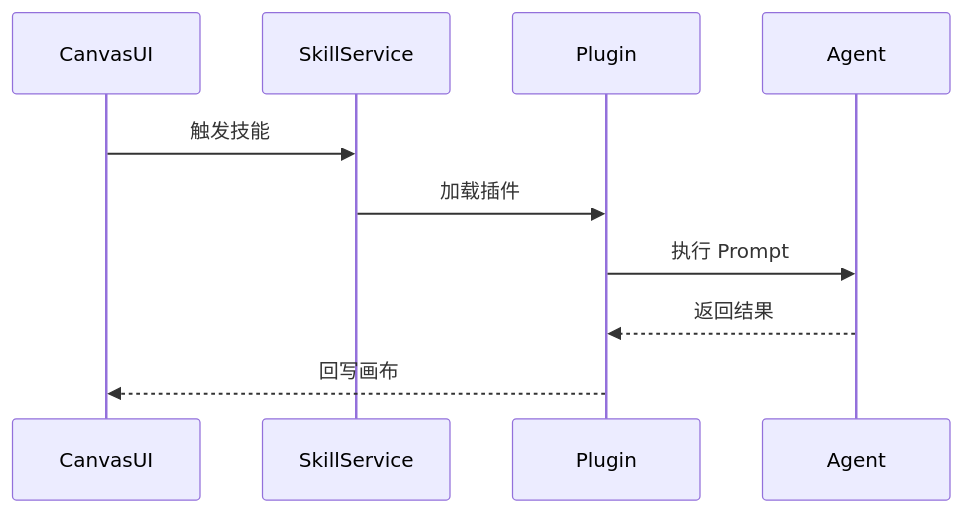
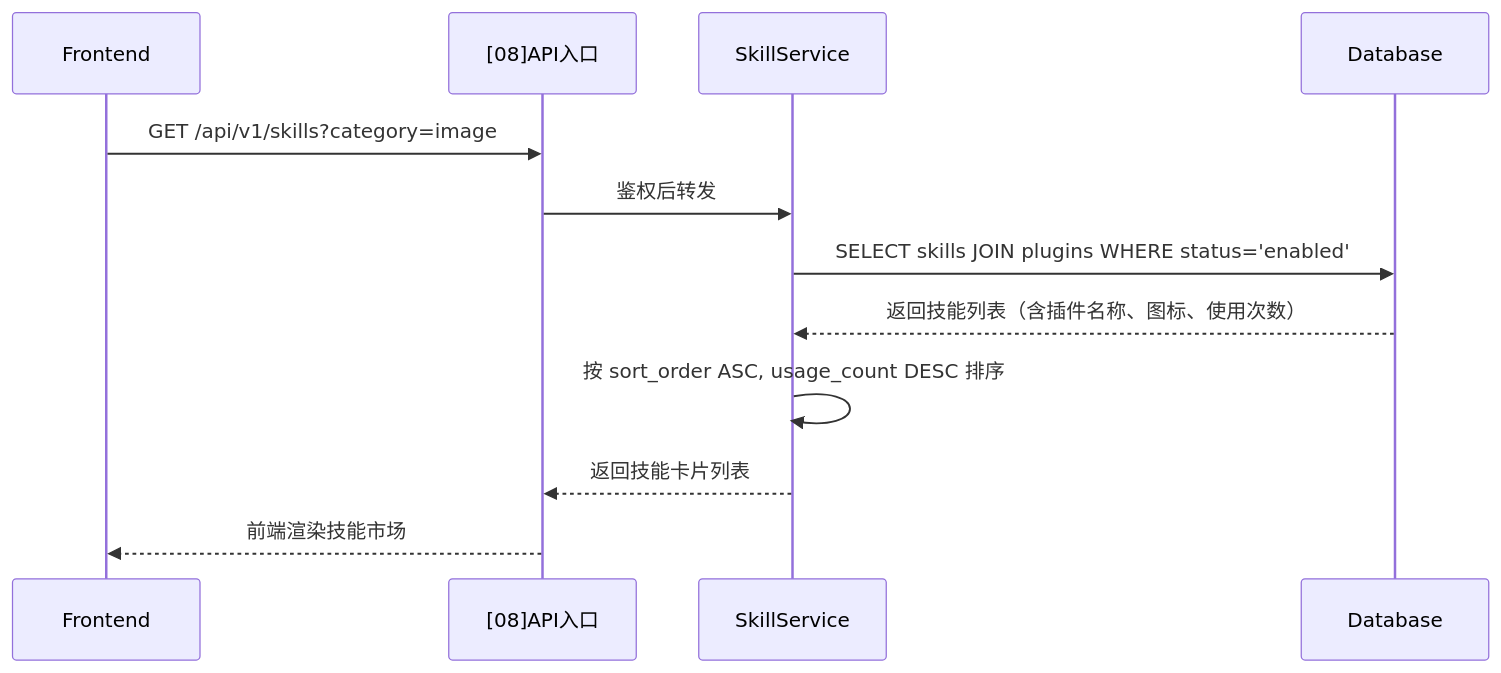
The first of 4 diagrams in docs/[09]插件与技能模块/README.md (fairyspace/x-media), drawn with Mermaid before and after one commit. The commit also changed other lines of this file, not shown here.

````diff
--- a/docs/[09]插件与技能模块/README.md
+++ b/docs/[09]插件与技能模块/README.md
@@ -42,12 +333,15 @@
 ```mermaid
 sequenceDiagram
-    participant CanvasUI
+    participant Frontend
+    participant API网关 as [08]API入口
     participant SkillService
-    participant Plugin
-    participant Agent
-    CanvasUI ->> SkillService: 触发技能
-    SkillService ->> Plugin: 加载插件
-    Plugin ->> Agent: 执行 Prompt
-    Agent -->> Plugin: 返回结果
-    Plugin -->> CanvasUI: 回写画布
+    participant Database
+
+    Frontend ->> API网关: GET /api/v1/skills?category=image
+    API网关 ->> SkillService: 鉴权后转发
+    SkillService ->> Database: SELECT skills JOIN plugins WHERE status='enabled'
+    Database -->> SkillService: 返回技能列表（含插件名称、图标、使用次数）
+    SkillService ->> SkillService: 按 sort_order ASC, usage_count DESC 排序
+    SkillService -->> API网关: 返回技能卡片列表
+    API网关 -->> Frontend: 前端渲染技能市场
 ```
````
